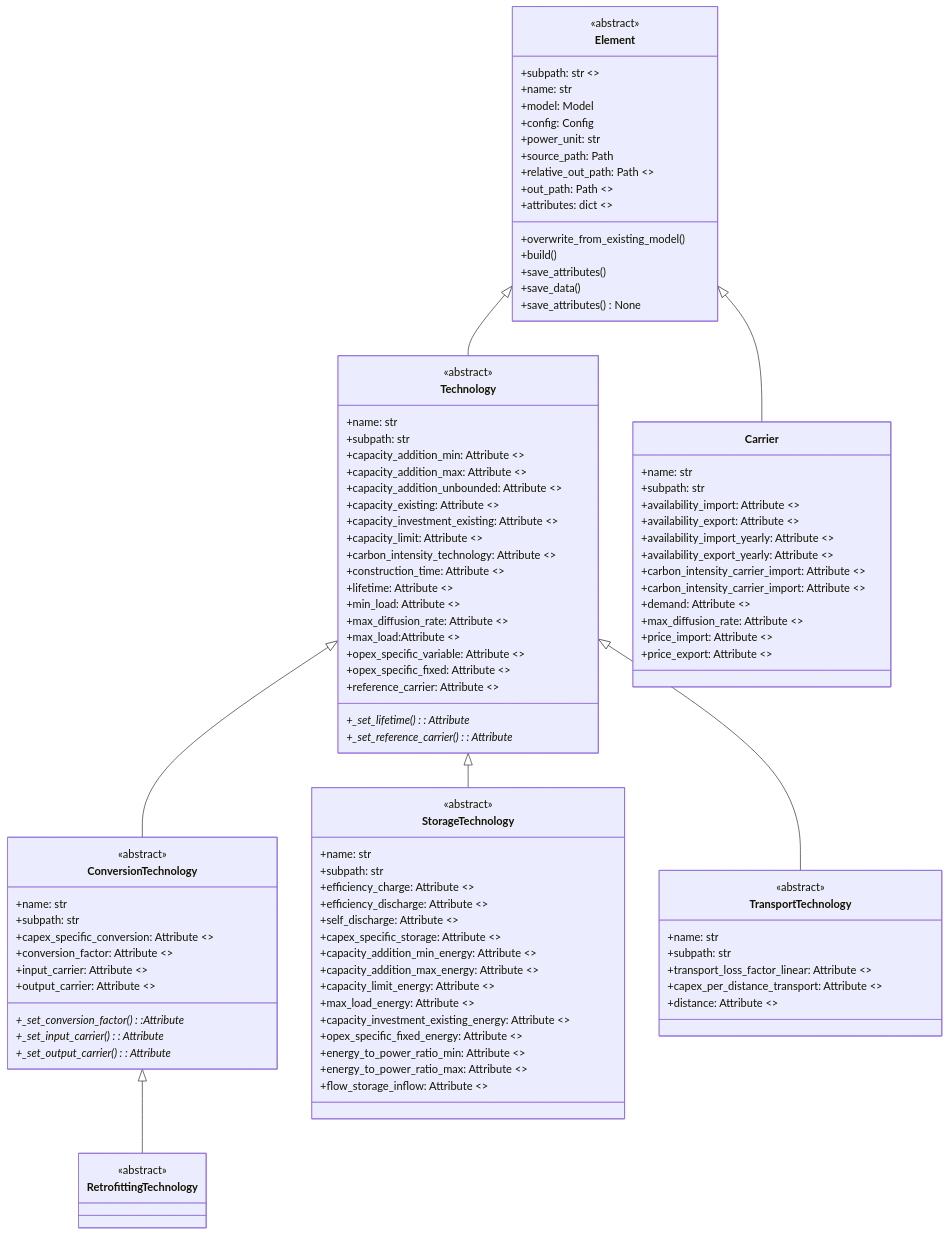
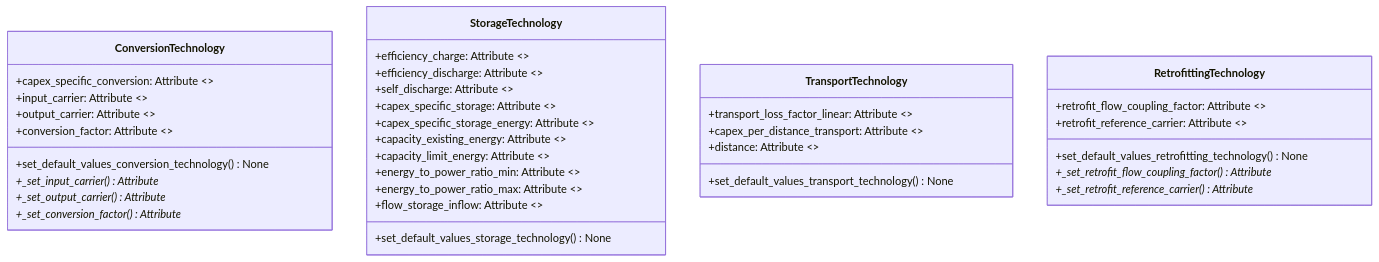
The seventh of 8 diagrams in docs/files/developer_guide/class_diagram.rst (ZEN-universe/ZEN-creator), drawn with Mermaid before and after one commit. The commit also changed other lines of this file and 4 other files, not shown here.

```diff
--- a/docs/files/developer_guide/class_diagram.rst
+++ b/docs/files/developer_guide/class_diagram.rst
@@ -98,108 +285,42 @@
    :zoom:
 
    classDiagram
-       class Element {
-           +subpath: str <<class variable>>
-           +name: str
-           +model: Model
-           +config: Config 
-           +power_unit: str
-           +source_path: Path
-           +relative_out_path: Path <<property>>
-           +out_path: Path <<property>>
-           +attributes: dict <<property>>
-           +overwrite_from_existing_model()
-           +build()
-           +save_attributes()
-           +save_data()
-
-
-           +save_attributes() None
-       }
-       class Technology {
-           +name: str
-           +subpath: str
-           +capacity_addition_min: Attribute <<property>>
-           +capacity_addition_max: Attribute <<property>>
-           +capacity_addition_unbounded: Attribute <<property>>
-           +capacity_existing: Attribute <<property>>
-           +capacity_investment_existing: Attribute <<property>>
-           +capacity_limit: Attribute <<property>> 
-           +carbon_intensity_technology: Attribute <<property>>
-           +construction_time: Attribute <<property>>
-           +lifetime: Attribute <<property>>
-           +min_load: Attribute <<property>>
-           +max_diffusion_rate: Attribute <<property>>
-           +max_load:Attribute <<property>>
-           +opex_specific_variable: Attribute <<property>>
-           +opex_specific_fixed: Attribute <<property>>
-           +reference_carrier: Attribute <<property>>
-           +_set_lifetime(): Attribute*
-           +_set_reference_carrier(): Attribute*
-       }
-       class Carrier {
-           +name: str
-           +subpath: str
-           +availability_import: Attribute <<property>>
-           +availability_export: Attribute <<property>>
-           +availability_import_yearly: Attribute <<property>>
-           +availability_export_yearly: Attribute <<property>>
-           +carbon_intensity_carrier_import: Attribute <<property>>
-           +carbon_intensity_carrier_import: Attribute <<property>>
-           +demand: Attribute <<property>>
-           +max_diffusion_rate: Attribute <<property>>
-           +price_import: Attribute <<property>>
-           +price_export: Attribute <<property>>
-       }
        class ConversionTechnology {
-           +name: str
-           +subpath: str
            +capex_specific_conversion: Attribute <<property>>
-           +conversion_factor: Attribute <<property>>
            +input_carrier: Attribute <<property>>
            +output_carrier: Attribute <<property>>
-           +_set_conversion_factor()*:Attribute
-           +_set_input_carrier()*: Attribute
-           +_set_output_carrier()*: Attribute
+           +conversion_factor: Attribute <<property>>
+           +set_default_values_conversion_technology() None
+           +_set_input_carrier() Attribute*
+           +_set_output_carrier() Attribute*
+           +_set_conversion_factor() Attribute*
        }
+
        class StorageTechnology {
-           +name: str
-           +subpath: str
            +efficiency_charge: Attribute <<property>>
            +efficiency_discharge: Attribute <<property>>
            +self_discharge: Attribute <<property>>
            +capex_specific_storage: Attribute <<property>>
-           +capacity_addition_min_energy: Attribute <<property>>
-           +capacity_addition_max_energy: Attribute <<property>>
+           +capex_specific_storage_energy: Attribute <<property>>
+           +capacity_existing_energy: Attribute <<property>>
            +capacity_limit_energy: Attribute <<property>>
-           +max_load_energy: Attribute <<property>>
-           +capacity_investment_existing_energy: Attribute <<property>>
-           +opex_specific_fixed_energy: Attribute <<property>>
            +energy_to_power_ratio_min: Attribute <<property>>
            +energy_to_power_ratio_max: Attribute <<property>>
            +flow_storage_inflow: Attribute <<property>>
+           +set_default_values_storage_technology() None
        }
-       class RetrofittingTechnology {
-       }
+
        class TransportTechnology {
-           +name: str
-           +subpath: str
            +transport_loss_factor_linear: Attribute <<property>>
            +capex_per_distance_transport: Attribute <<property>>
            +distance: Attribute <<property>>
+           +set_default_values_transport_technology() None
        }
 
-       <<abstract>> Technology
-       <<abstract>> Element
-       <<abstract>> ConversionTechnology
-       <<abstract>> StorageTechnology
-       <<abstract>> RetrofittingTechnology
-       <<abstract>> TransportTechnology 
-
-
-       Element <|-- Technology
-       Element <|-- Carrier
-       Technology <|-- ConversionTechnology
-       Technology <|-- StorageTechnology
-       Technology <|-- TransportTechnology
-       ConversionTechnology <|-- RetrofittingTechnology
+       class RetrofittingTechnology {
+           +retrofit_flow_coupling_factor: Attribute <<property>>
+           +retrofit_reference_carrier: Attribute <<property>>
+           +set_default_values_retrofitting_technology() None
+           +_set_retrofit_flow_coupling_factor() Attribute*
+           +_set_retrofit_reference_carrier() Attribute*
+       }
```
